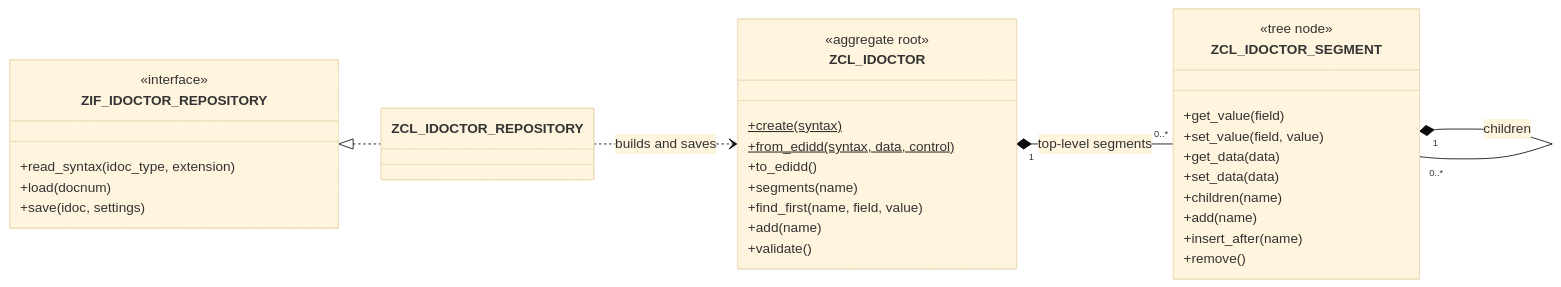
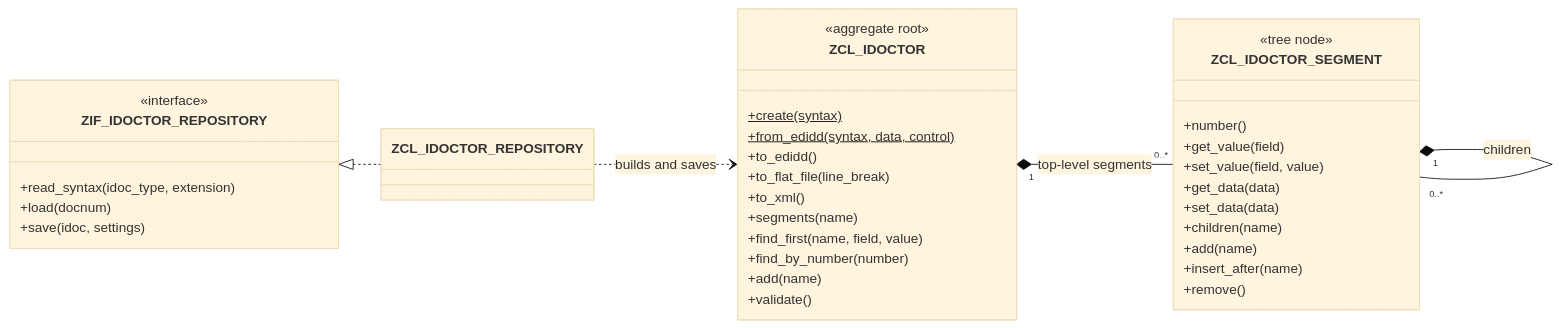
The diagram in README.md (greltel/IDoctor), drawn with Mermaid (base theme) before and after one commit. The commit also changed other lines of this file, not shown here.

````diff
--- a/README.md
+++ b/README.md
@@ -222,35 +290,39 @@
 ```mermaid
 classDiagram
   direction LR
   class ZCL_IDOCTOR {
     <<aggregate root>>
     +create(syntax)$
     +from_edidd(syntax, data, control)$
     +to_edidd()
+    +to_flat_file(line_break)
+    +to_xml()
     +segments(name)
     +find_first(name, field, value)
+    +find_by_number(number)
     +add(name)
     +validate()
   }
   class ZCL_IDOCTOR_SEGMENT {
     <<tree node>>
+    +number()
     +get_value(field)
     +set_value(field, value)
     +get_data(data)
     +set_data(data)
     +children(name)
     +add(name)
     +insert_after(name)
     +remove()
   }
   class ZIF_IDOCTOR_REPOSITORY {
     <<interface>>
     +read_syntax(idoc_type, extension)
     +load(docnum)
     +save(idoc, settings)
   }
   ZCL_IDOCTOR "1" *-- "0..*" ZCL_IDOCTOR_SEGMENT : top-level segments
   ZCL_IDOCTOR_SEGMENT "1" *-- "0..*" ZCL_IDOCTOR_SEGMENT : children
   ZIF_IDOCTOR_REPOSITORY <|.. ZCL_IDOCTOR_REPOSITORY
   ZCL_IDOCTOR_REPOSITORY ..> ZCL_IDOCTOR : builds and saves
 ```
````
